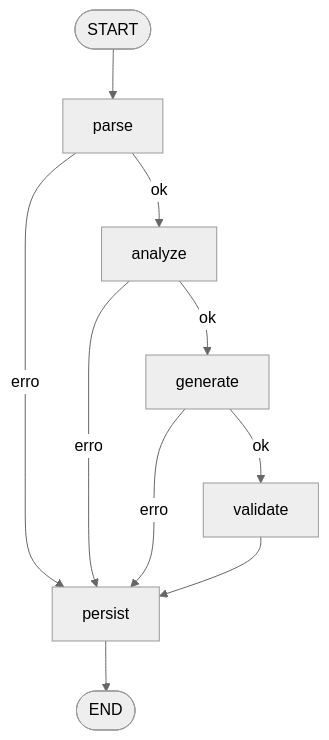
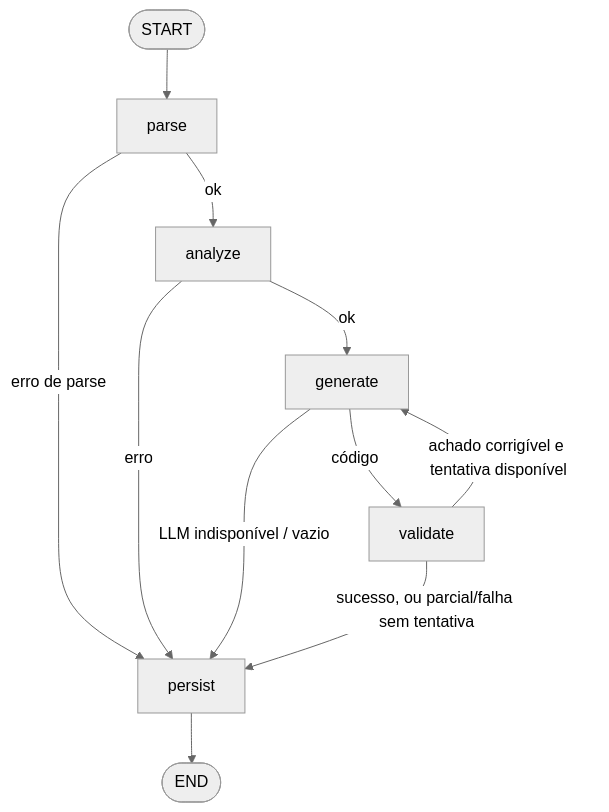
Before and after one commit to Matheusroliv/desafio-tecnico-mirante-tecnologia: the diagram in README.md, drawn with Mermaid (neutral theme). The commit also changed other lines of this file and 60 other files, not shown here.

````diff
--- a/README.md
+++ b/README.md
@@ -5,12 +19,13 @@
 ```mermaid
 flowchart TD
   startNode([START]) --> parse
   parse -->|ok| analyze
-  parse -->|erro| persist
+  parse -->|erro de parse| persist
   analyze -->|ok| generate
   analyze -->|erro| persist
-  generate -->|ok| validate
-  generate -->|erro| persist
-  validate --> persist
+  generate -->|código| validate
+  generate -->|LLM indisponível / vazio| persist
+  validate -->|achado corrigível e tentativa disponível| generate
+  validate -->|sucesso, ou parcial/falha sem tentativa| persist
   persist --> endNode([END])
 ```
````
